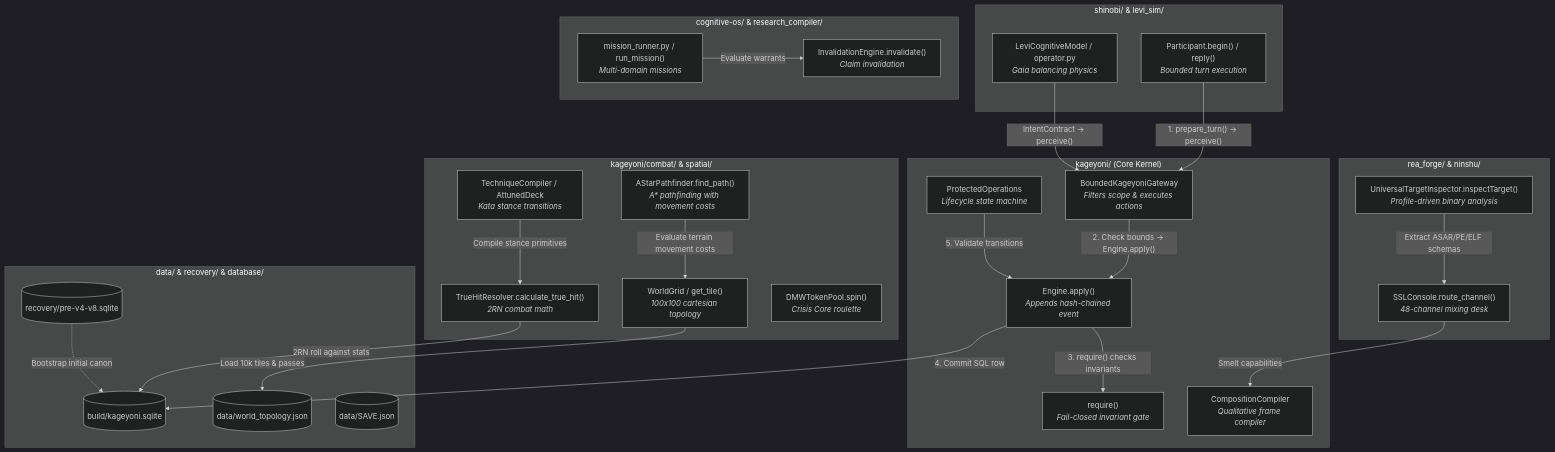
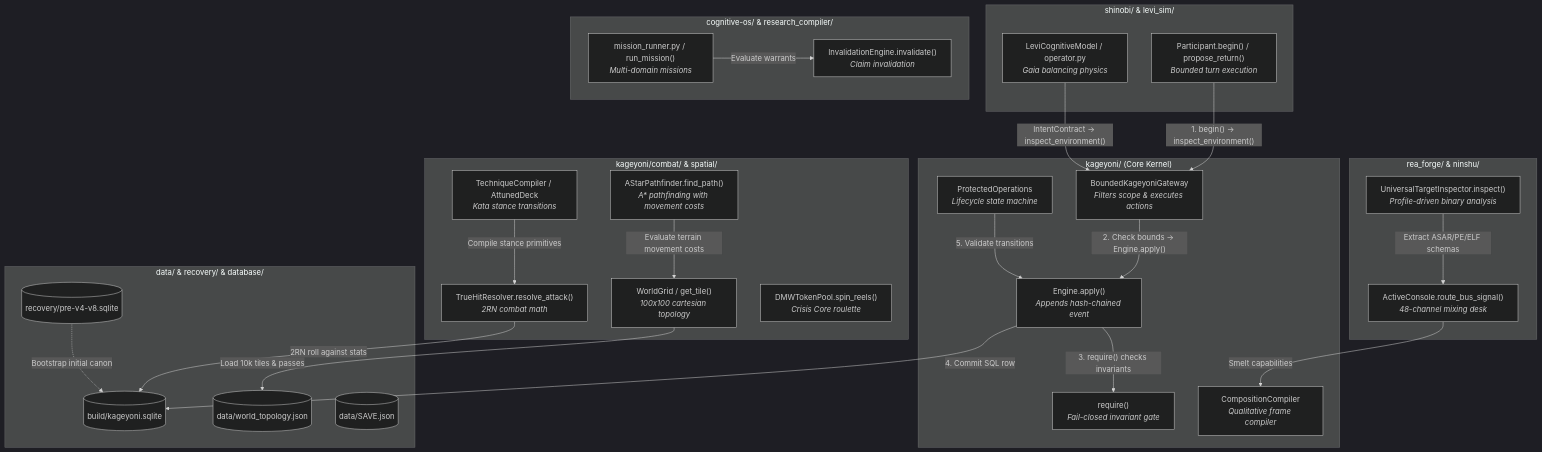
The third of 4 diagrams in ATLAS.md (guarani-ux/Kageyoni), drawn with Mermaid (dark theme) before and after one commit. The commit also changed other lines of this file and 3 other files, not shown here.

````diff
--- a/ATLAS.md
+++ b/ATLAS.md
@@ -467,59 +470,59 @@
 ```mermaid
 flowchart TD
     subgraph S_CORE["kageyoni/ (Core Kernel)"]
         ENG["Engine.apply()<br/><i>Appends hash-chained event</i>"]
         REQ["require()<br/><i>Fail-closed invariant gate</i>"]
         GW["BoundedKageyoniGateway<br/><i>Filters scope & executes actions</i>"]
         PROT["ProtectedOperations<br/><i>Lifecycle state machine</i>"]
         COMP["CompositionCompiler<br/><i>Qualitative frame compiler</i>"]
     end
 
     subgraph S_TACTICAL["kageyoni/combat/ & spatial/"]
         GRID["WorldGrid / get_tile()<br/><i>100x100 cartesian topology</i>"]
         PATH["AStarPathfinder.find_path()<br/><i>A* pathfinding with movement costs</i>"]
-        COMB["TrueHitResolver.calculate_true_hit()<br/><i>2RN combat math</i>"]
-        DMW["DMWTokenPool.spin()<br/><i>Crisis Core roulette</i>"]
+        COMB["TrueHitResolver.resolve_attack()<br/><i>2RN combat math</i>"]
+        DMW["DMWTokenPool.spin_reels()<br/><i>Crisis Core roulette</i>"]
         KATA["TechniqueCompiler / AttunedDeck<br/><i>Kata stance transitions</i>"]
     end
 
     subgraph S_RUNTIME["shinobi/ & levi_sim/"]
-        SHI["Participant.begin() / reply()<br/><i>Bounded turn execution</i>"]
+        SHI["Participant.begin() / propose_return()<br/><i>Bounded turn execution</i>"]
         LEVI["LeviCognitiveModel / operator.py<br/><i>Gaia balancing physics</i>"]
     end
 
     subgraph S_RE["rea_forge/ & ninshu/"]
-        UTI["UniversalTargetInspector.inspectTarget()<br/><i>Profile-driven binary analysis</i>"]
-        SSL["SSLConsole.route_channel()<br/><i>48-channel mixing desk</i>"]
+        UTI["UniversalTargetInspector.inspect()<br/><i>Profile-driven binary analysis</i>"]
+        SSL["ActiveConsole.route_bus_signal()<br/><i>48-channel mixing desk</i>"]
     end
 
     subgraph S_AGENCY["cognitive-os/ & research_compiler/"]
         MIS["mission_runner.py / run_mission()<br/><i>Multi-domain missions</i>"]
         CLM["InvalidationEngine.invalidate()<br/><i>Claim invalidation</i>"]
     end
 
     subgraph S_DATA["data/ & recovery/ & database/"]
         DB[(build/kageyoni.sqlite)]
         REC[(recovery/pre-v4-v8.sqlite)]
         TOP[("data/world_topology.json")]
         SAVE[("data/SAVE.json")]
     end
 
     %% Causal Edges
-    SHI -- "1. prepare_turn() -> perceive()" --> GW
-    LEVI -- "IntentContract -> perceive()" --> GW
+    SHI -- "1. begin() -> inspect_environment()" --> GW
+    LEVI -- "IntentContract -> inspect_environment()" --> GW
     GW -- "2. Check bounds -> Engine.apply()" --> ENG
     ENG -- "3. require() checks invariants" --> REQ
     ENG -- "4. Commit SQL row" --> DB
     PROT -- "5. Validate transitions" --> ENG
 
     GRID -- "Load 10k tiles & passes" --> TOP
     PATH -- "Evaluate terrain movement costs" --> GRID
     COMB -- "2RN roll against stats" --> DB
     KATA -- "Compile stance primitives" --> COMB
 
     UTI -- "Extract ASAR/PE/ELF schemas" --> SSL
     SSL -- "Smelt capabilities" --> COMP
 
     MIS -- "Evaluate warrants" --> CLM
     REC -. "Bootstrap initial canon" .-> DB
 ```
````
